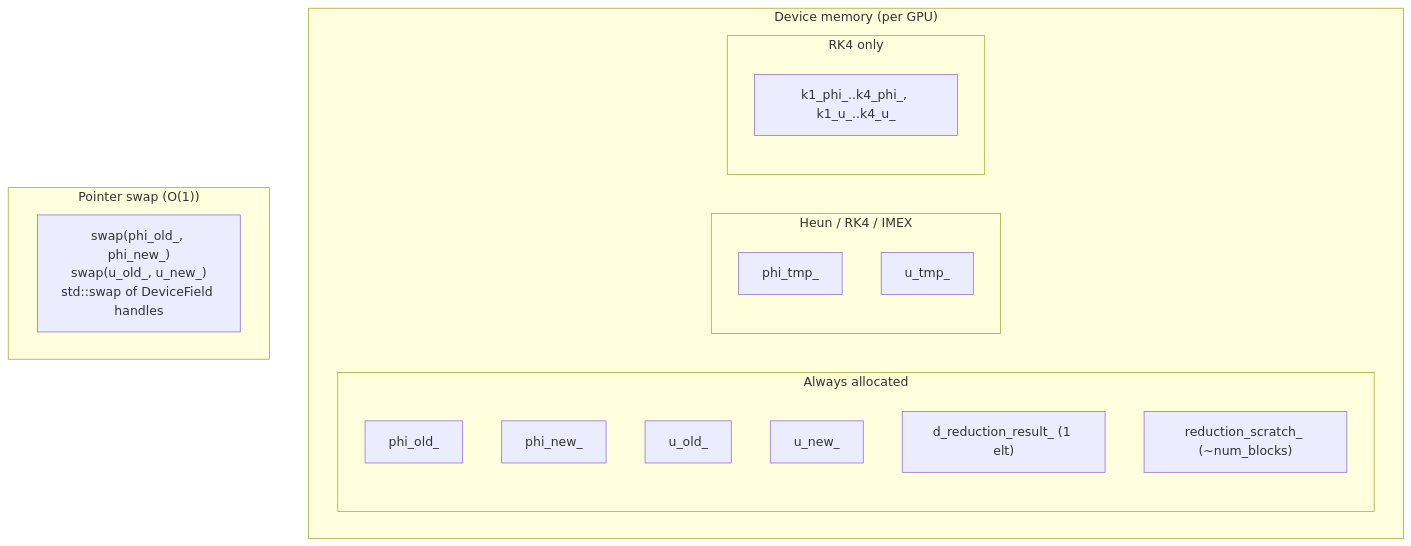
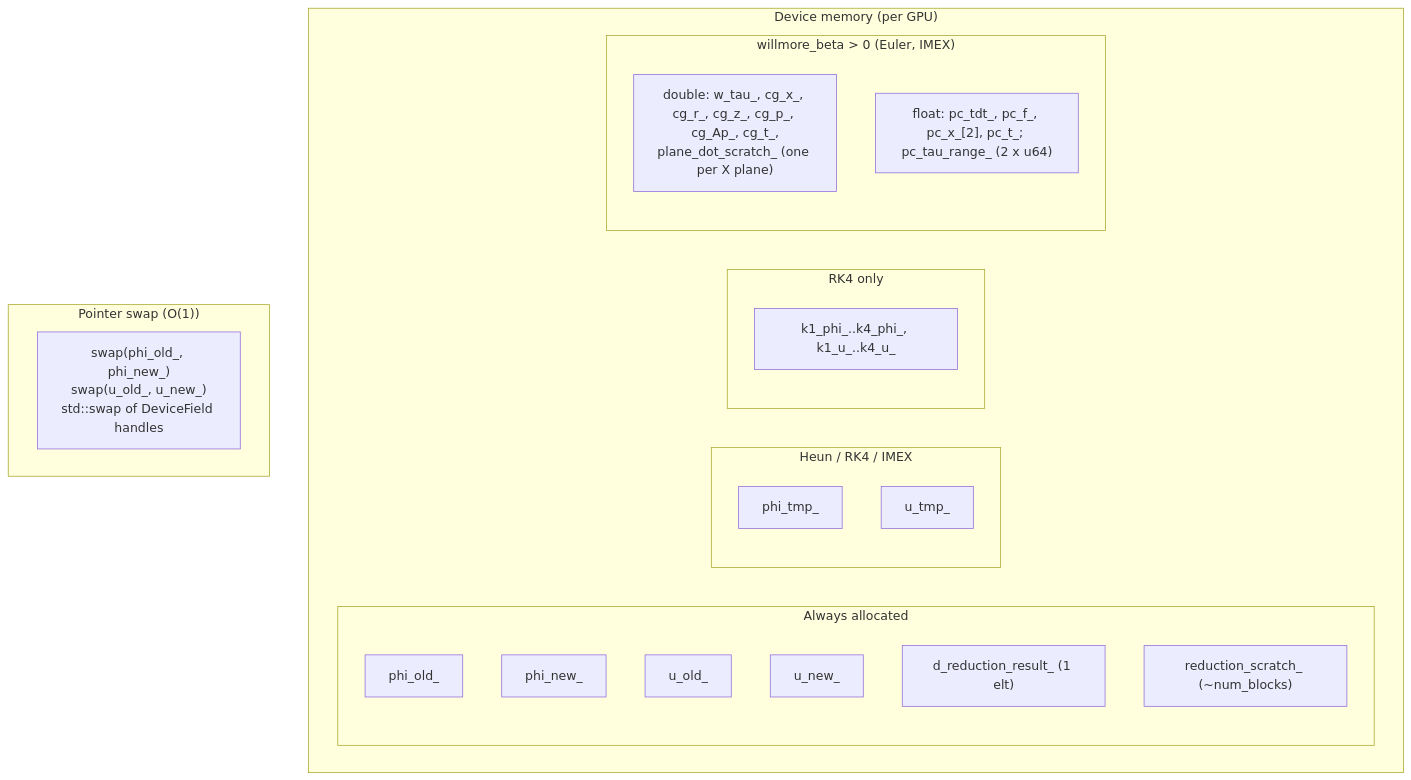
One commit to myousefi2016/Allen-Cahn-CUDA changed the fifth of 9 diagrams in docs/ARCHITECTURE.md. Above: the diagram before and after it, drawn with Mermaid. The commit also changed other lines of this file and 36 other files, not shown here.

````diff
--- a/docs/ARCHITECTURE.md
+++ b/docs/ARCHITECTURE.md
@@ -270,23 +276,27 @@
 ```mermaid
 graph TB
     subgraph DeviceMem["Device memory (per GPU)"]
         subgraph Always["Always allocated"]
             phi_old["phi_old_"]
             phi_new["phi_new_"]
             u_old["u_old_"]
             u_new["u_new_"]
             redr["d_reduction_result_ (1 elt)"]
             reds["reduction_scratch_ (~num_blocks)"]
         end
         subgraph HRI["Heun / RK4 / IMEX"]
             phi_tmp["phi_tmp_"]
             u_tmp["u_tmp_"]
         end
         subgraph RK4Only["RK4 only"]
             ks["k1_phi_..k4_phi_, k1_u_..k4_u_"]
         end
+        subgraph Willmore["willmore_beta > 0 (Euler, IMEX)"]
+            wd["double: w_tau_, cg_x_, cg_r_, cg_z_, cg_p_, cg_Ap_, cg_t_,<br/>plane_dot_scratch_ (one per X plane)"]
+            ws["float: pc_tdt_, pc_f_, pc_x_[2], pc_t_; pc_tau_range_ (2 x u64)"]
+        end
     end
     subgraph Swap["Pointer swap (O(1))"]
         sw["swap(phi_old_, phi_new_)<br/>swap(u_old_, u_new_)<br/>std::swap of DeviceField handles"]
     end
 ```
````
